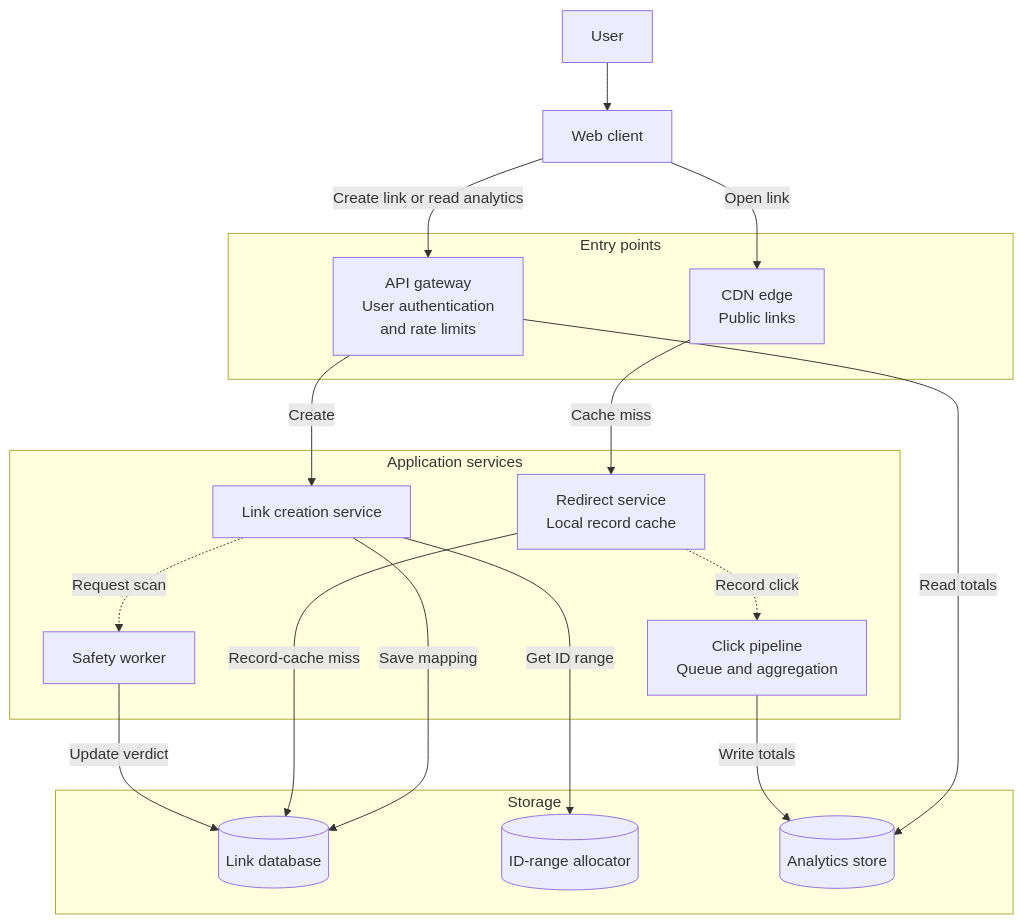
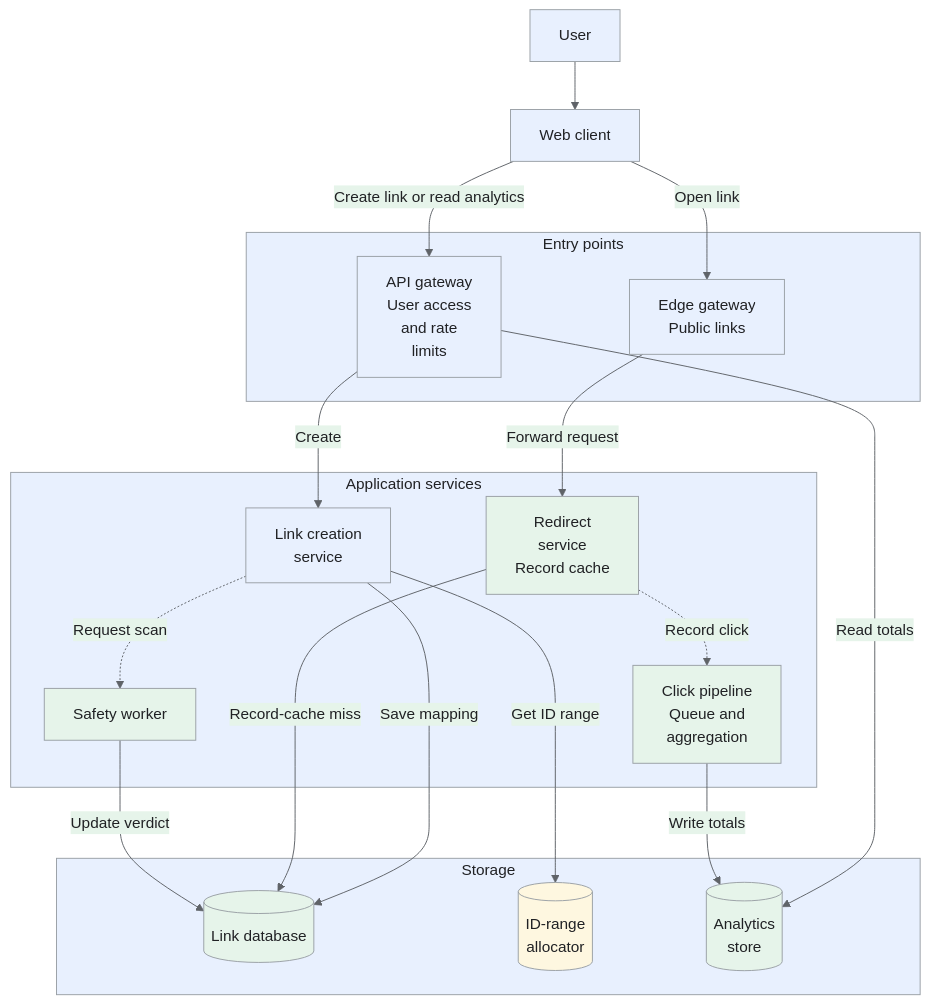
Before and after one commit to iliazlobin/iliazlobin.github.io: the first of 7 diagrams in _designs/system-design-bitly-url-shortener.md, drawn with Mermaid. The commit also changed other lines of this file and 131 other files, not shown here.

````diff
--- a/_designs/system-design-bitly-url-shortener.md
+++ b/_designs/system-design-bitly-url-shortener.md
@@ -169,31 +173,41 @@
 ```mermaid
+%%{init: {"theme":"base","themeVariables":{"primaryColor":"#e8f0fe","primaryBorderColor":"#9aa0a6","primaryTextColor":"#202124","secondaryColor":"#e6f4ea","tertiaryColor":"#fef7e0","lineColor":"#5f6368","actorBkg":"#e8f0fe","actorBorder":"#9aa0a6","actorTextColor":"#202124","noteBkgColor":"#fef7e0","noteBorderColor":"#9aa0a6","noteTextColor":"#202124","signalColor":"#5f6368","signalTextColor":"#202124"}}}%%
 flowchart TB
     User["User"] --> Web["Web client"]
     subgraph Entry["Entry points"]
-        CDN["CDN edge<br>Public links"]
-        API["API gateway<br>User authentication<br>and rate limits"]
+        CDN["Edge gateway<br>Public links"]
+        API["API gateway<br>User access<br>and rate<br>limits"]
     end
     subgraph Services["Application services"]
-        Shorten["Link creation service"]
-        Redirect["Redirect service<br>Local record cache"]
+        Shorten["Link creation<br>service"]
+        Redirect["Redirect<br>service<br>Record cache"]
         Safety["Safety worker"]
-        Clicks["Click pipeline<br>Queue and aggregation"]
+        Clicks["Click pipeline<br>Queue and<br>aggregation"]
     end
     subgraph Data["Storage"]
         Links[("Link database")]
-        Allocator[("ID-range allocator")]
-        Rollups[("Analytics store")]
+        Allocator[("ID-range<br>allocator")]
+        Rollups[("Analytics<br>store")]
     end
     Web -->|Open link| CDN
     Web -->|Create link or read analytics| API
-    CDN -->|Cache miss| Redirect
+    CDN -->|Forward request| Redirect
     API -->|Create| Shorten
     API -->|Read totals| Rollups
     Shorten -->|Get ID range| Allocator
     Shorten -->|Save mapping| Links
     Shorten -.->|Request scan| Safety
     Redirect -->|Record-cache miss| Links
     Redirect -.->|Record click| Clicks
     Clicks -->|Write totals| Rollups
     Safety -->|Update verdict| Links
+  classDef request fill:#e8f0fe,stroke:#9aa0a6,color:#202124,stroke-width:1px
+  classDef background fill:#e6f4ea,stroke:#9aa0a6,color:#202124,stroke-width:1px
+  classDef control fill:#fef7e0,stroke:#9aa0a6,color:#202124,stroke-width:1px
+  class User,Web,CDN,API,Shorten request
+  class Redirect,Safety,Clicks,Links,Rollups background
+  class Allocator control
+  style Entry fill:#e8f0fe,stroke:#9aa0a6,color:#202124,stroke-width:1px
+  style Services fill:#e8f0fe,stroke:#9aa0a6,color:#202124,stroke-width:1px
+  style Data fill:#e8f0fe,stroke:#9aa0a6,color:#202124,stroke-width:1px
 ```
````
